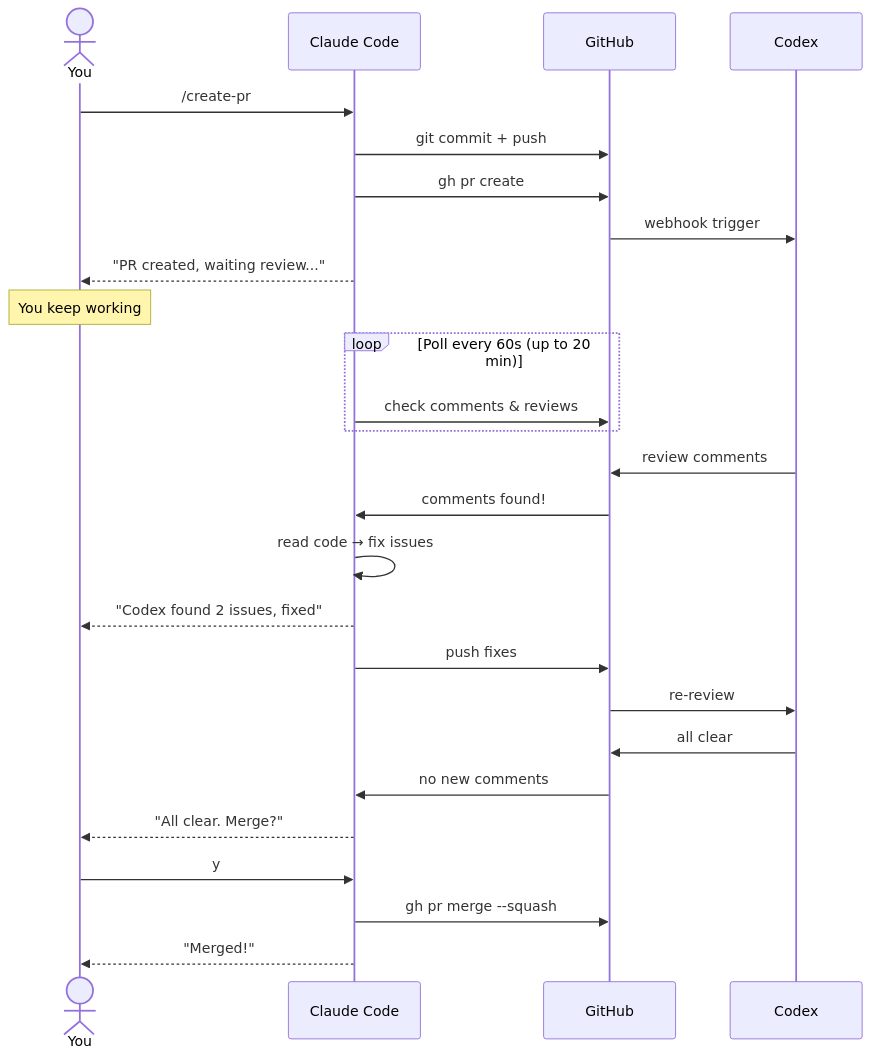
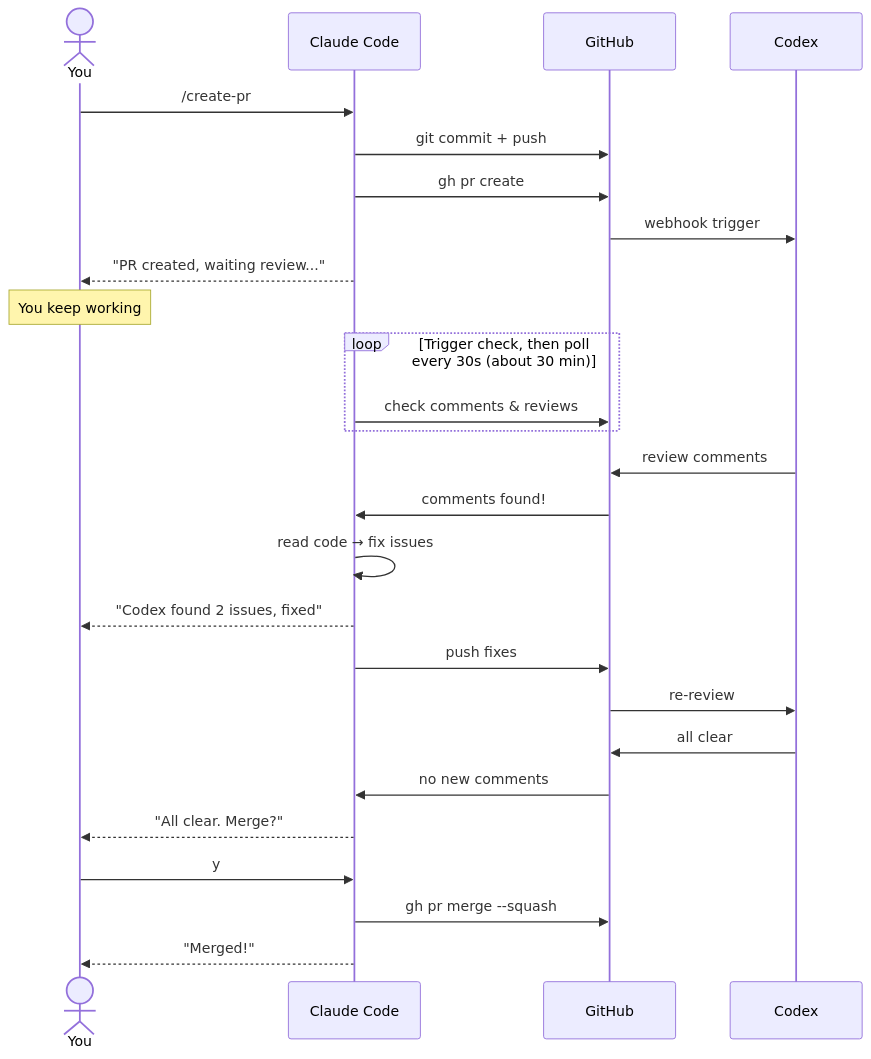
Before and after one commit to zytakeshi/create-pr-codex-review: the first of 2 diagrams in README.md, drawn with Mermaid. The commit also changed other lines of this file and 2 other files, not shown here.

Commit message:
docs(create-pr): align review polling docs

````diff
--- a/README.md
+++ b/README.md
@@ -41,34 +41,34 @@
 ```mermaid
 sequenceDiagram
     actor You
     participant Claude as Claude Code
     participant GH as GitHub
     participant Codex as Codex
 
     You->>Claude: /create-pr
     Claude->>GH: git commit + push
     Claude->>GH: gh pr create
     GH->>Codex: webhook trigger
     Claude-->>You: "PR created, waiting review..."
 
     Note over You: You keep working
 
-    loop Poll every 60s (up to 20 min)
+    loop Trigger check, then poll every 30s (about 30 min)
         Claude->>GH: check comments & reviews
     end
 
     Codex->>GH: review comments
     GH->>Claude: comments found!
     Claude->>Claude: read code → fix issues
     Claude-->>You: "Codex found 2 issues, fixed"
     Claude->>GH: push fixes
 
     GH->>Codex: re-review
     Codex->>GH: all clear
     GH->>Claude: no new comments
 
     Claude-->>You: "All clear. Merge?"
     You->>Claude: y
     Claude->>GH: gh pr merge --squash
     Claude-->>You: "Merged!"
 ```
````
